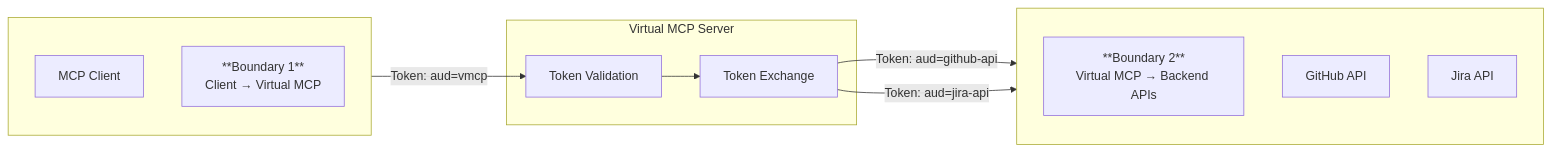
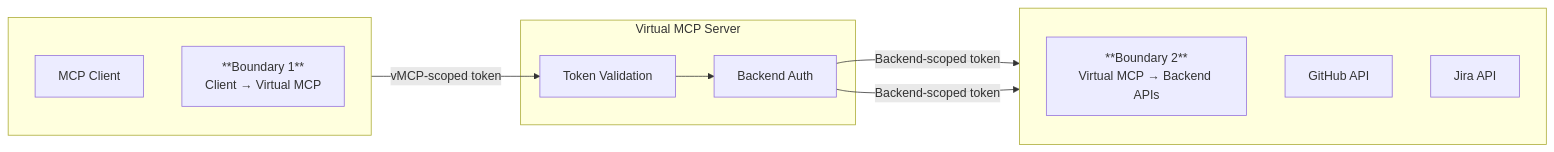
Before and after one commit to stacklok/docs-website: the diagram in docs/toolhive/guides-vmcp/authentication.mdx, drawn with Mermaid. The commit also changed other lines of this file and 2 other files, not shown here.

First line of the commit message:
Fix vMCP docs to match actual CRD field names

````diff
--- a/docs/toolhive/guides-vmcp/authentication.mdx
+++ b/docs/toolhive/guides-vmcp/authentication.mdx
@@ -12,25 +12,25 @@
 ```mermaid
 flowchart LR
     subgraph Boundary1[" "]
         direction TB
         Client[MCP Client]
         B1Label["**Boundary 1**<br>Client → Virtual MCP"]
     end
 
     subgraph vMCP[Virtual MCP Server]
         Auth[Token Validation]
-        Exchange[Token Exchange]
+        Backend[Backend Auth]
     end
 
     subgraph Boundary2[" "]
         direction TB
         B2Label["**Boundary 2**<br>Virtual MCP → Backend APIs"]
         GitHub[GitHub API]
         Jira[Jira API]
     end
 
-    Client -->|"Token: aud=vmcp"| Auth
-    Auth --> Exchange
-    Exchange -->|"Token: aud=github-api"| GitHub
-    Exchange -->|"Token: aud=jira-api"| Jira
+    Client -->|"vMCP-scoped token"| Auth
+    Auth --> Backend
+    Backend -->|"Backend-scoped token"| GitHub
+    Backend -->|"Backend-scoped token"| Jira
 ```
````
